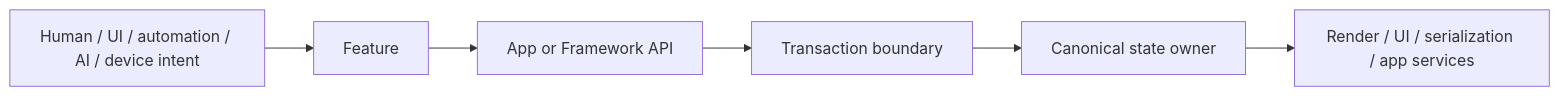
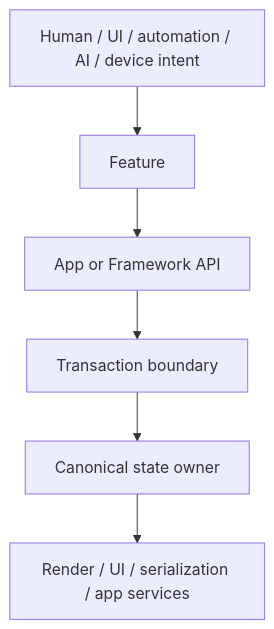
One commit to karote00/asra changed the second of 2 diagrams in README.md. Above: the diagram before and after it, drawn with Mermaid. The commit also changed other lines of this file and 312 other files, not shown here.

````diff
--- a/README.md
+++ b/README.md
@@ -57,11 +81,11 @@
 ```mermaid
-flowchart LR
+flowchart TD
   intent["Human / UI / automation / AI / device intent"]
   feature["Feature"]
   api["App or Framework API"]
   transaction["Transaction boundary"]
   state["Canonical state owner"]
   projections["Render / UI / serialization / app services"]
 
   intent --> feature --> api --> transaction --> state --> projections
 ```
````
